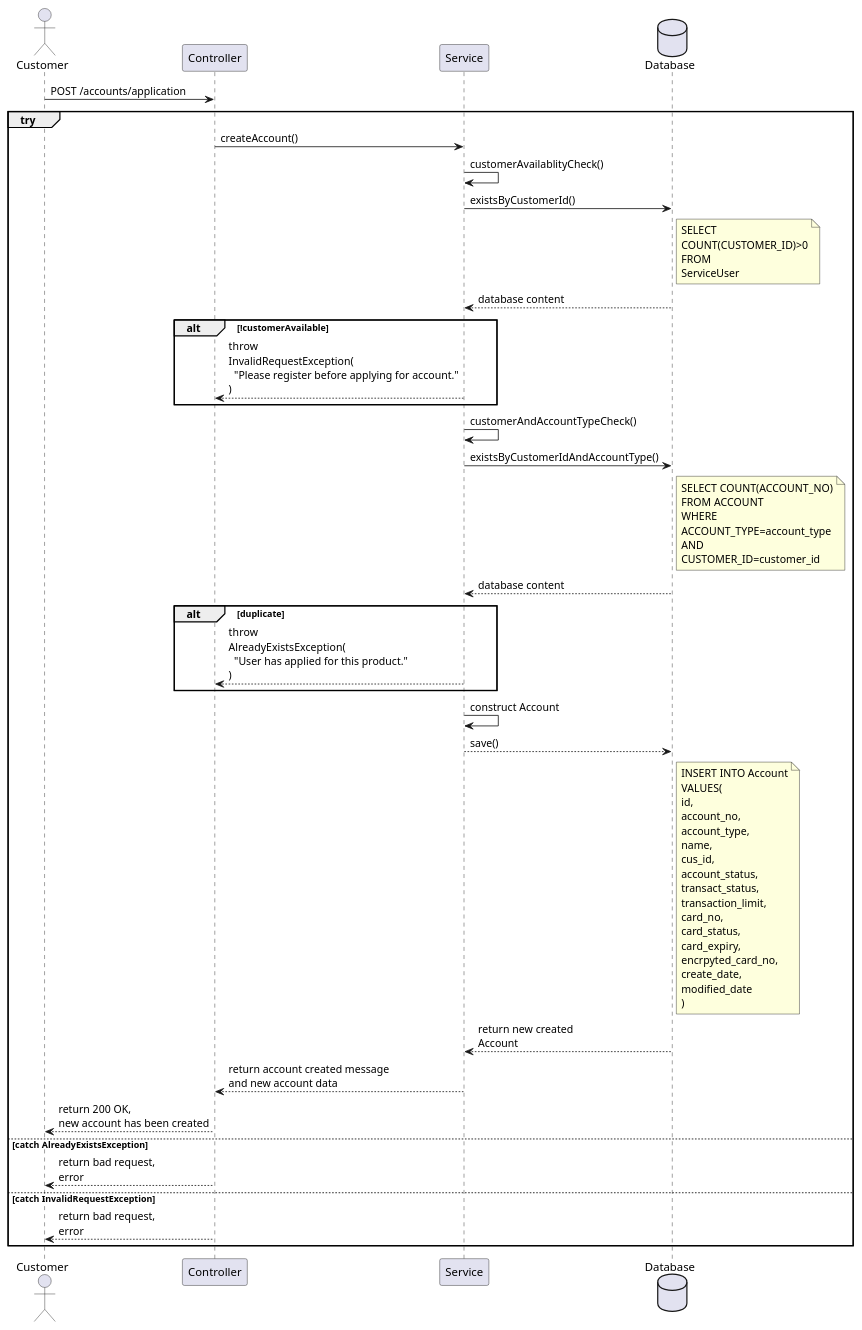
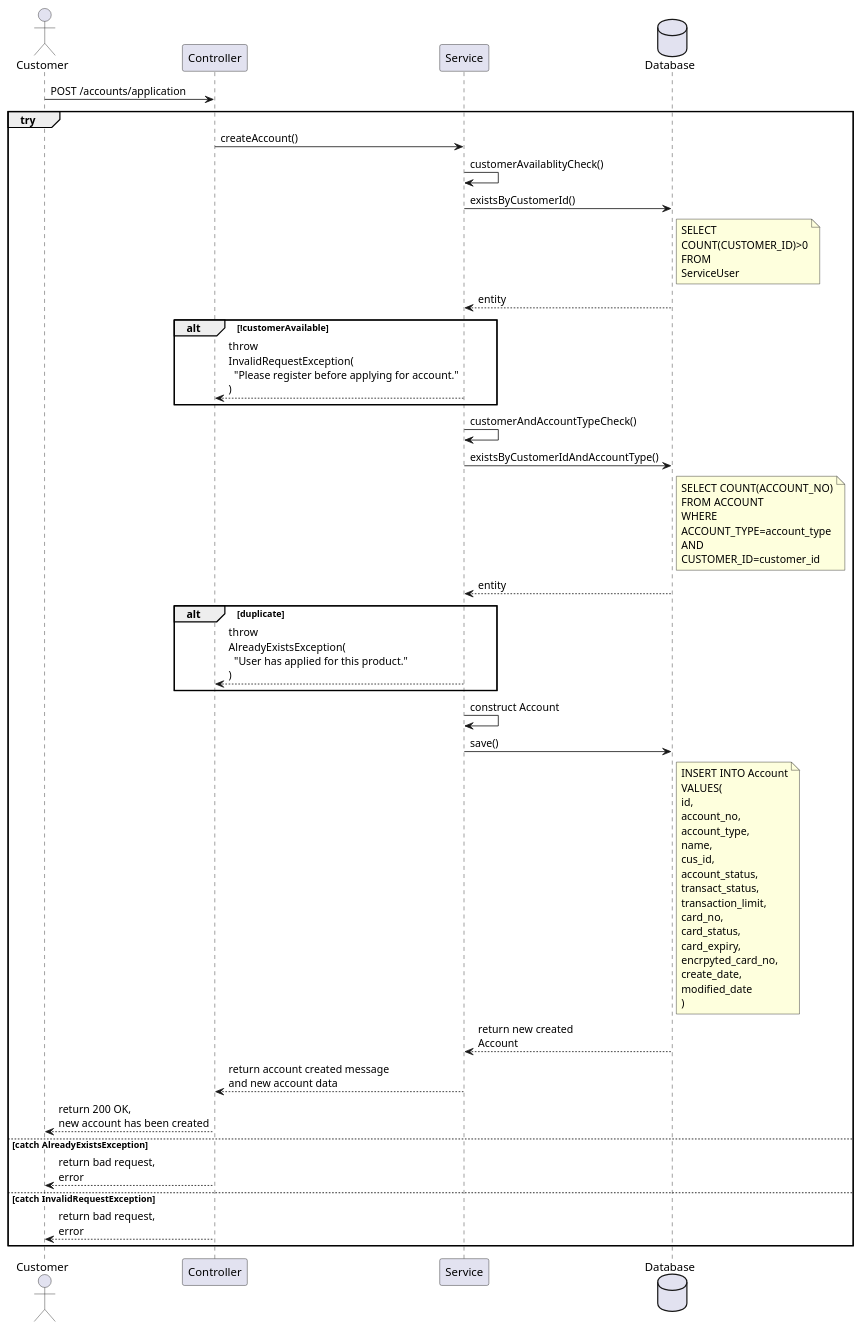
Before and after one commit to l-reginamh/hands-on-practices: the diagram in plantuml/authbanking-accountapplication.puml, drawn with PlantUML. The commit also changed 14 other files, not shown here.

```diff
--- a/plantuml/authbanking-accountapplication.puml
+++ b/plantuml/authbanking-accountapplication.puml
@@ -1,49 +1,49 @@
 @startuml Online Bank Account Application
 
 actor       Customer   as Cust
 participant Controller as C
 participant Service    as S
 database    Database   as DB
 
 Cust     ->   C       : POST /accounts/application
 
 group try
 
     C    ->   S       : createAccount()
 
     S    ->   S       : customerAvailablityCheck()
     S    ->   DB      : existsByCustomerId()
     note right of DB  : SELECT\nCOUNT(CUSTOMER_ID)>0\nFROM\nServiceUser
-    DB   -->  S       : database content
+    DB   -->  S       : entity
 
     alt !customerAvailable
         S    -->  C   : throw \nInvalidRequestException(\n  "Please register before applying for account."\n)
     end
 
     S    ->   S       : customerAndAccountTypeCheck()
     S    ->   DB      : existsByCustomerIdAndAccountType()
     note right of DB  : SELECT COUNT(ACCOUNT_NO)\nFROM ACCOUNT\nWHERE\nACCOUNT_TYPE=account_type\nAND\nCUSTOMER_ID=customer_id
-    DB   -->  S       : database content
+    DB   -->  S       : entity
     
     alt duplicate
         S    -->  C   : throw \nAlreadyExistsException(\n  "User has applied for this product."\n)
     end
 
     S    ->   S       : construct Account
-    S    -->  DB      : save()
+    S    ->   DB      : save()
     note right of DB  : INSERT INTO Account\nVALUES(\nid,\naccount_no,\naccount_type,\nname,\ncus_id,\naccount_status,\ntransact_status,\ntransaction_limit,\ncard_no,\ncard_status,\ncard_expiry,\nencrpyted_card_no,\ncreate_date,\nmodified_date\n)
     DB   -->  S       : return new created\nAccount
     S    -->  C       : return account created message\nand new account data
     C    -->  Cust    : return 200 OK,\nnew account has been created
 
 else catch AlreadyExistsException
 
     C    -->  Cust    : return bad request,\nerror
 
 else catch InvalidRequestException
 
     C    -->  Cust    : return bad request,\nerror
 
 end
 
 @enduml
```
